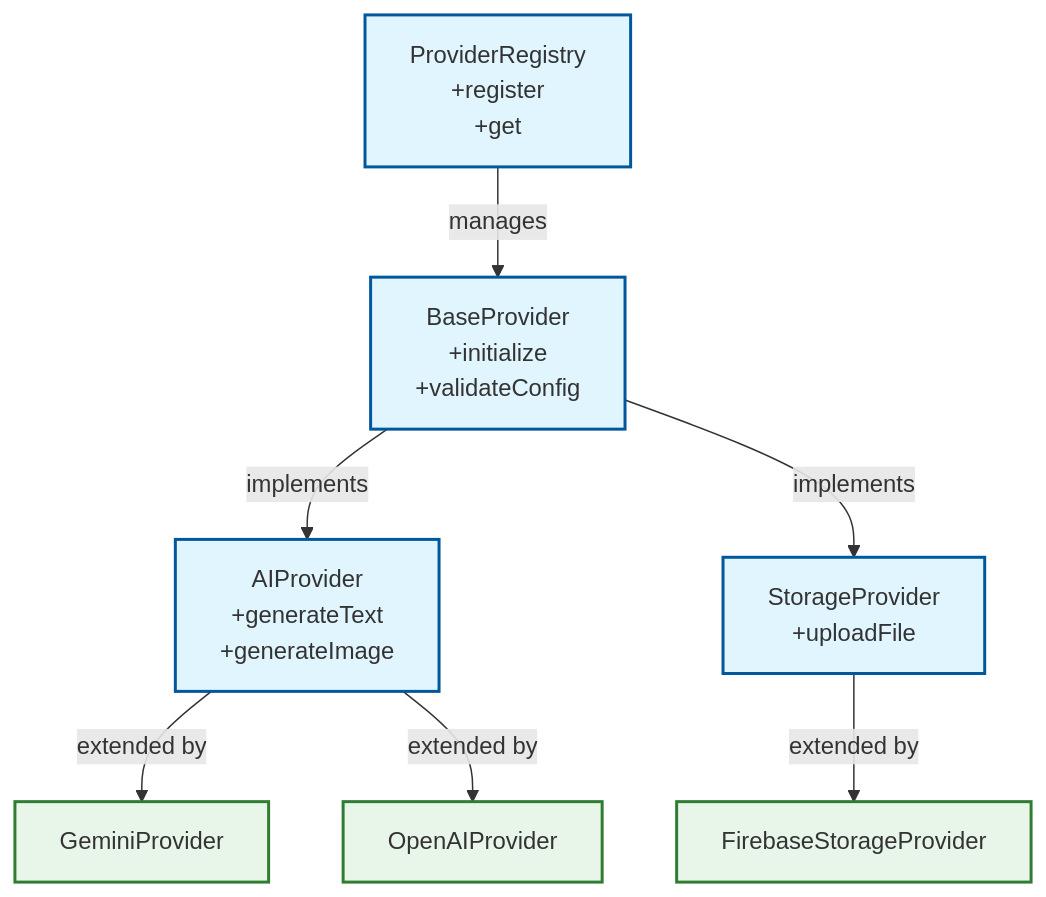
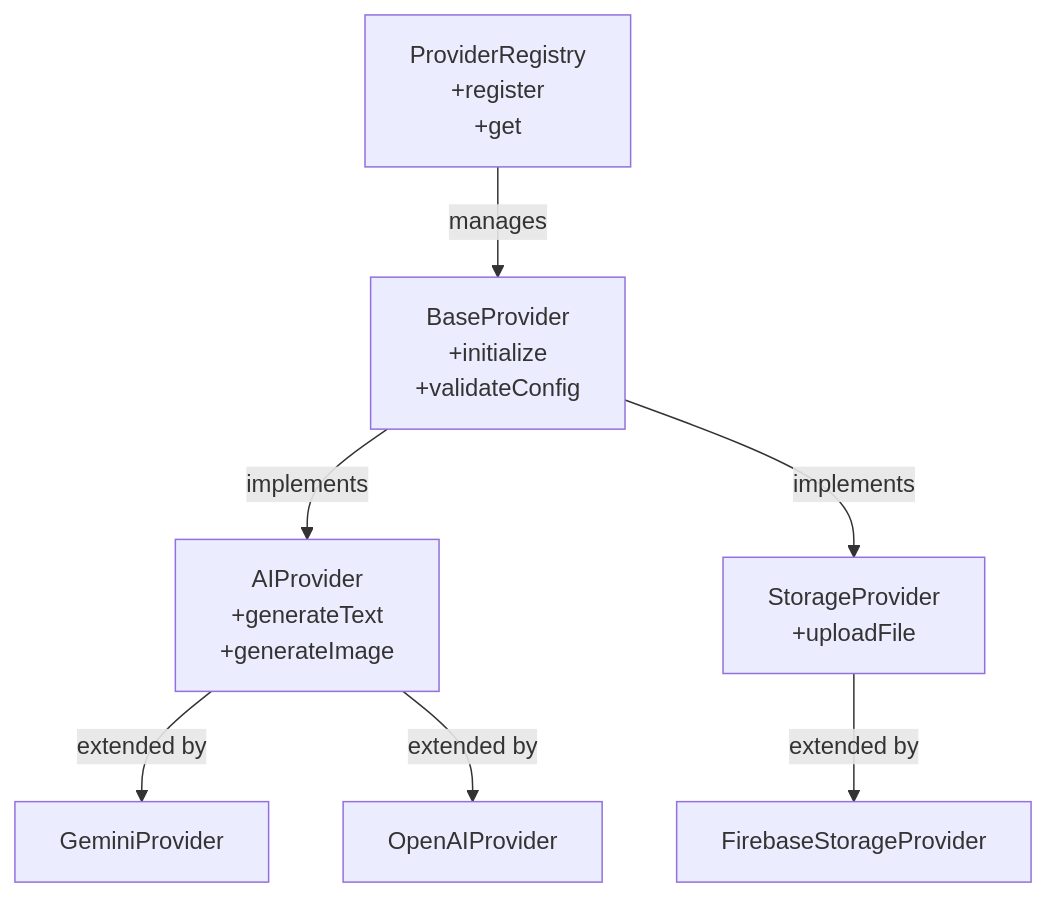
Before and after one commit to nishuns/taughtcode-server: the third of 5 diagrams in docs/architecture/erd.md, drawn with Mermaid. The commit also changed other lines of this file, not shown here.

Commit message:
style(docs): remove custom colors from architecture diagrams for a cleaner look

````diff
--- a/docs/architecture/erd.md
+++ b/docs/architecture/erd.md
@@ -73,29 +69,23 @@
 ```mermaid
 flowchart TD
     Registry[ProviderRegistry<br/>+register<br/>+get]
     
     Base[BaseProvider<br/>+initialize<br/>+validateConfig]
     
     AI[AIProvider<br/>+generateText<br/>+generateImage]
     Storage[StorageProvider<br/>+uploadFile]
     
     Gemini[GeminiProvider]
     OpenAI[OpenAIProvider]
     Firebase[FirebaseStorageProvider]
 
     Registry -->|manages| Base
     
     Base -->|implements| AI
     Base -->|implements| Storage
     
     AI -->|extended by| Gemini
     AI -->|extended by| OpenAI
     
     Storage -->|extended by| Firebase
-    
-    classDef interface fill:#e1f5fe,stroke:#01579b,stroke-width:2px;
-    classDef concrete fill:#e8f5e9,stroke:#2e7d32,stroke-width:2px;
-    
-    class Registry,Base,AI,Storage interface;
-    class Gemini,OpenAI,Firebase concrete;
 ```
````
